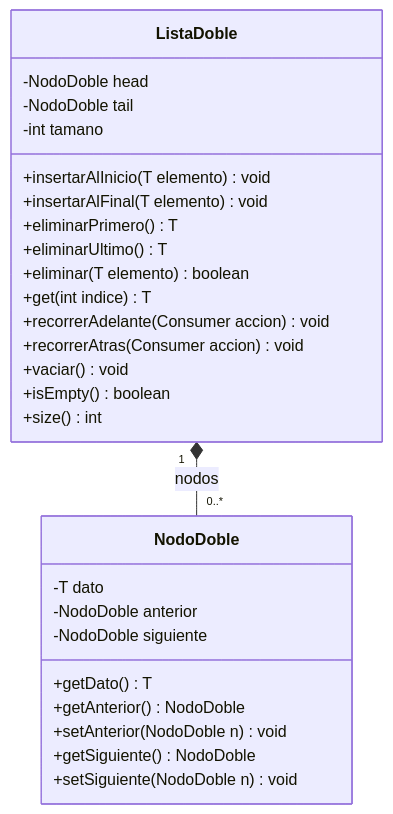
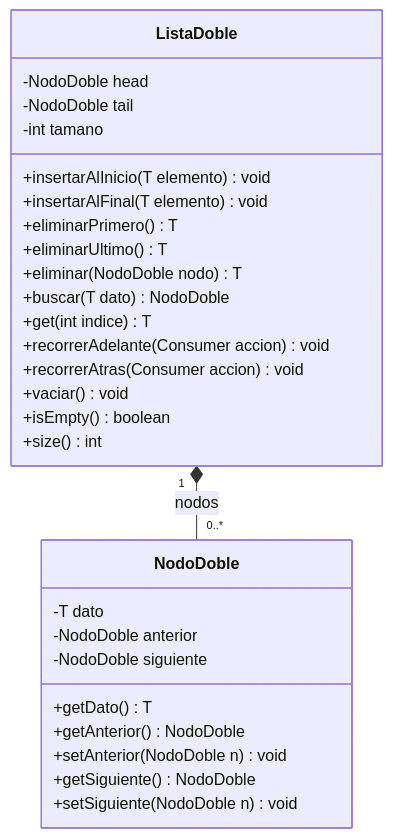
Before and after one commit to santiagoSuarez219/nodo-edu: the seventh of 7 diagrams in content/cursos/estructuras-de-datos/guias/lab-listas-dobles-y-archivos-proyecto-de-aula.md, drawn with Mermaid. The commit also changed other lines of this file, not shown here.

First line of the commit message:
content(estructuras-de-datos): replace eliminar(T) with buscar in doubly linked list lab

````diff
--- a/content/cursos/estructuras-de-datos/guias/lab-listas-dobles-y-archivos-proyecto-de-aula.md
+++ b/content/cursos/estructuras-de-datos/guias/lab-listas-dobles-y-archivos-proyecto-de-aula.md
@@ -219,30 +219,31 @@
 ```mermaid
 classDiagram
   class NodoDoble {
     -T dato
     -NodoDoble anterior
     -NodoDoble siguiente
     +getDato() T
     +getAnterior() NodoDoble
     +setAnterior(NodoDoble n) void
     +getSiguiente() NodoDoble
     +setSiguiente(NodoDoble n) void
   }
   class ListaDoble {
     -NodoDoble head
     -NodoDoble tail
     -int tamano
     +insertarAlInicio(T elemento) void
     +insertarAlFinal(T elemento) void
     +eliminarPrimero() T
     +eliminarUltimo() T
-    +eliminar(T elemento) boolean
+    +eliminar(NodoDoble nodo) T
+    +buscar(T dato) NodoDoble
     +get(int indice) T
     +recorrerAdelante(Consumer accion) void
     +recorrerAtras(Consumer accion) void
     +vaciar() void
     +isEmpty() boolean
     +size() int
   }
   ListaDoble "1" *-- "0..*" NodoDoble : nodos
 ```
````
